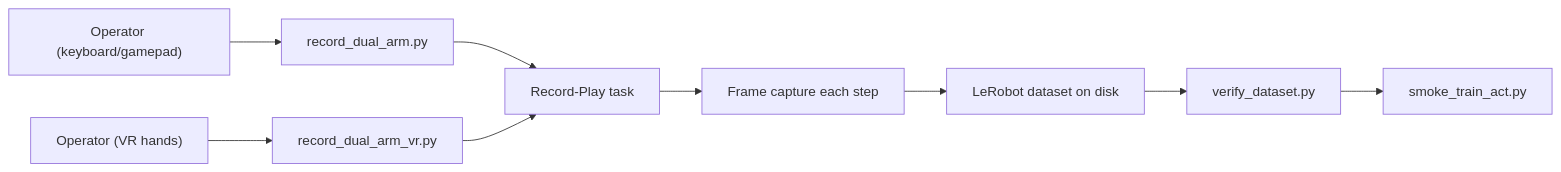
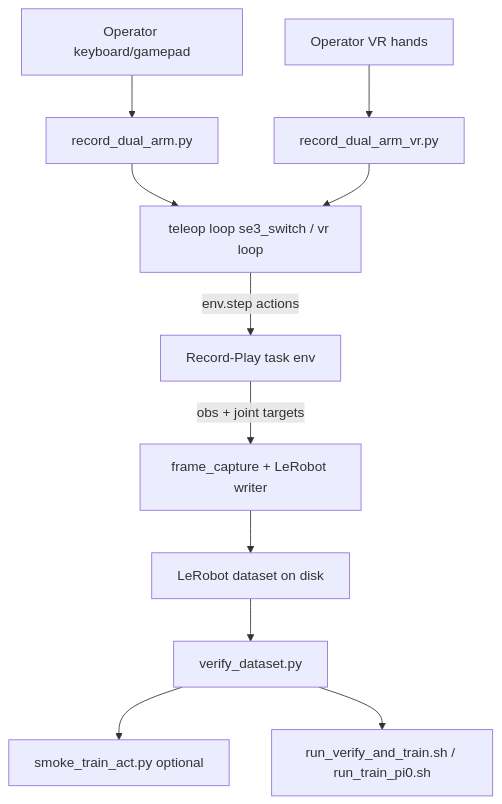
The fourth of 5 diagrams in docs/EPIC3_SIMULATION_TRAINING_PIPELINE.md (trossenmobileai/trossen_ai_isaac), drawn with Mermaid before and after one commit. The commit also changed other lines of this file and 6 other files, not shown here.

````diff
--- a/docs/EPIC3_SIMULATION_TRAINING_PIPELINE.md
+++ b/docs/EPIC3_SIMULATION_TRAINING_PIPELINE.md
@@ -492,16 +583,22 @@
 ```mermaid
-flowchart LR
-  OpKB["Operator (keyboard/gamepad)"]
-  OpVR["Operator (VR hands)"]
-  RecScript["record_dual_arm.py"]
+flowchart TD
+  OpKB["Operator keyboard/gamepad"]
+  OpVR["Operator VR hands"]
+  RecKB["record_dual_arm.py"]
   RecVR["record_dual_arm_vr.py"]
-  RecEnv["Record-Play task"]
-  Capture["Frame capture each step"]
-  LeRobot["LeRobot dataset on disk"]
+  Teleop["teleop loop se3_switch / vr loop"]
+  RecEnv["Record-Play task env"]
+  Capture["frame_capture + LeRobot writer"]
+  Disk["LeRobot dataset on disk"]
   Verify["verify_dataset.py"]
-  Train["smoke_train_act.py"]
+  Smoke["smoke_train_act.py optional"]
+  FullTrain["run_verify_and_train.sh / run_train_pi0.sh"]
 
-  OpKB --> RecScript --> RecEnv
-  OpVR --> RecVR --> RecEnv
-  RecEnv --> Capture --> LeRobot --> Verify --> Train
+  OpKB --> RecKB --> Teleop
+  OpVR --> RecVR --> Teleop
+  Teleop -->|"env.step actions"| RecEnv
+  RecEnv -->|"obs + joint targets"| Capture --> Disk
+  Disk --> Verify
+  Verify --> Smoke
+  Verify --> FullTrain
 ```
````
